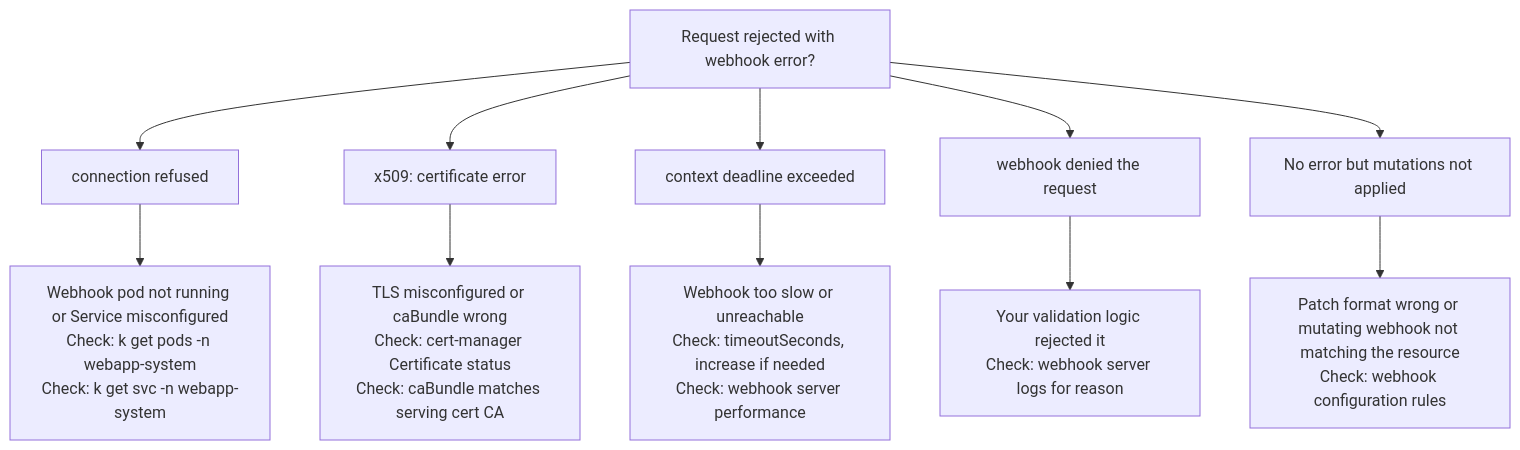
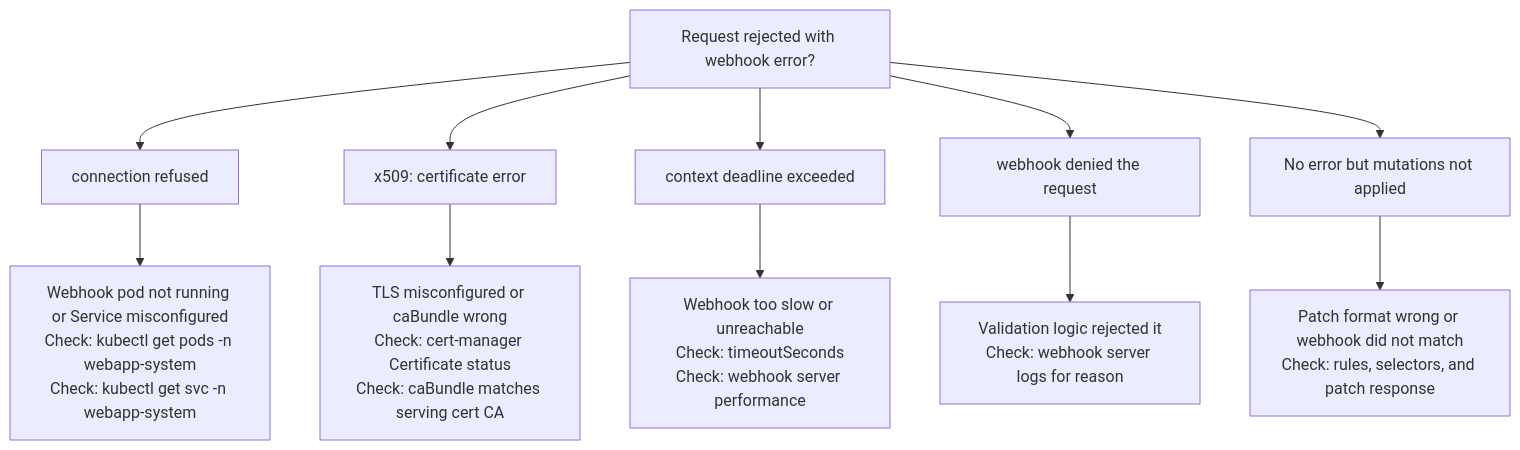
Before and after one commit to kube-dojo/kube-dojo: the second of 2 diagrams in src/content/docs/k8s/extending/module-1.6-admission-webhooks.md, drawn with Mermaid. The commit also changed other lines of this file, not shown here.

````diff
--- a/src/content/docs/k8s/extending/module-1.6-admission-webhooks.md
+++ b/src/content/docs/k8s/extending/module-1.6-admission-webhooks.md
@@ -831,18 +786,18 @@
 ```mermaid
 flowchart TD
     Start["Request rejected with webhook error?"] --> Conn["connection refused"]
     Start --> Cert["x509: certificate error"]
     Start --> Timeout["context deadline exceeded"]
     Start --> Deny["webhook denied the request"]
     Start --> NoErr["No error but mutations not applied"]
-    
-    Conn --> ConnSol["Webhook pod not running or Service misconfigured<br>Check: k get pods -n webapp-system<br>Check: k get svc -n webapp-system"]
-    
+
+    Conn --> ConnSol["Webhook pod not running or Service misconfigured<br>Check: kubectl get pods -n webapp-system<br>Check: kubectl get svc -n webapp-system"]
+
     Cert --> CertSol["TLS misconfigured or caBundle wrong<br>Check: cert-manager Certificate status<br>Check: caBundle matches serving cert CA"]
-    
-    Timeout --> TimeoutSol["Webhook too slow or unreachable<br>Check: timeoutSeconds, increase if needed<br>Check: webhook server performance"]
-    
-    Deny --> DenySol["Your validation logic rejected it<br>Check: webhook server logs for reason"]
-    
-    NoErr --> NoErrSol["Patch format wrong or mutating webhook not matching the resource<br>Check: webhook configuration rules"]
+
+    Timeout --> TimeoutSol["Webhook too slow or unreachable<br>Check: timeoutSeconds<br>Check: webhook server performance"]
+
+    Deny --> DenySol["Validation logic rejected it<br>Check: webhook server logs for reason"]
+
+    NoErr --> NoErrSol["Patch format wrong or webhook did not match<br>Check: rules, selectors, and patch response"]
 ```
````
